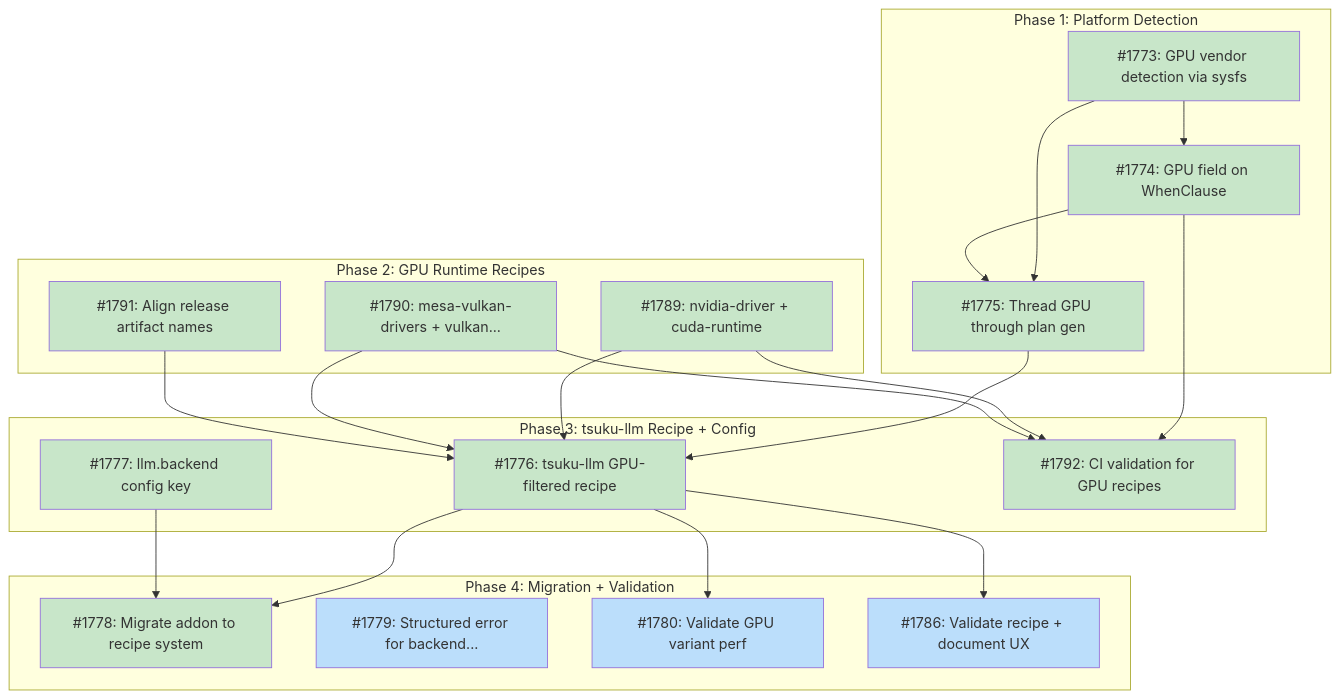
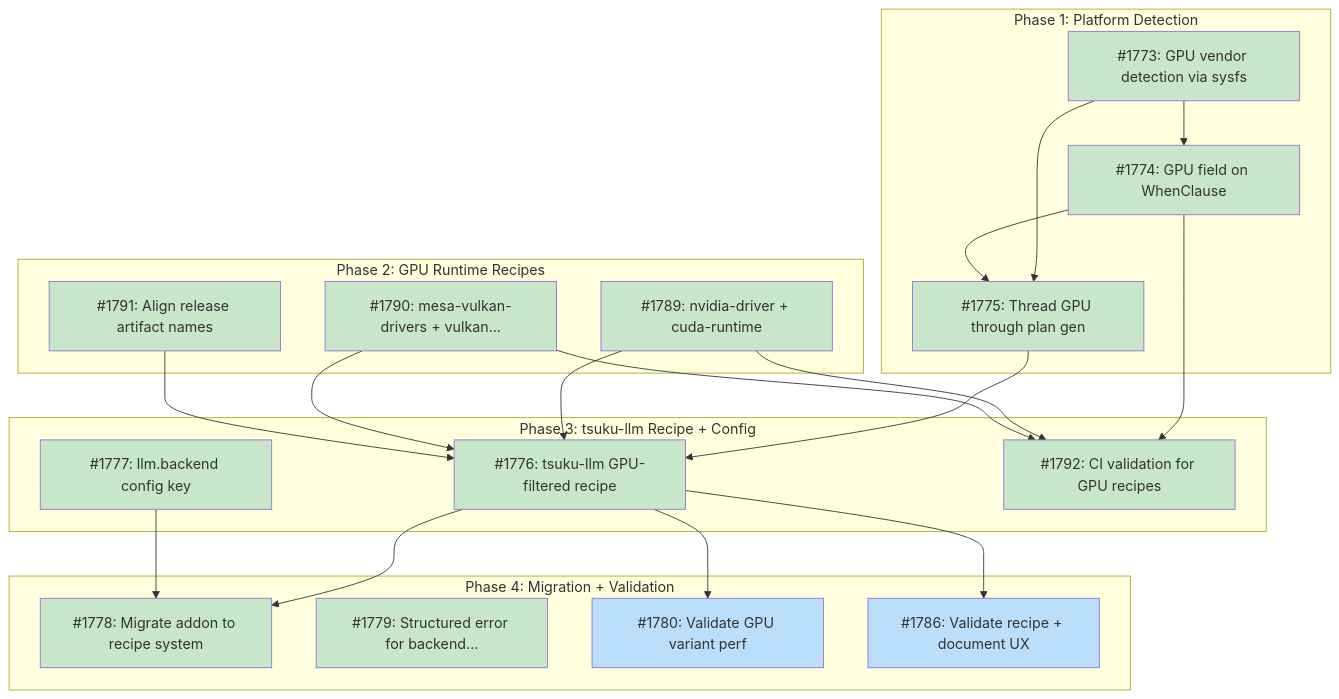
The diagram in docs/designs/DESIGN-gpu-backend-selection.md (tsukumogami/tsuku), drawn with Mermaid before and after one commit. The commit also changed other lines of this file and 5 other files, not shown here.

````diff
--- a/docs/designs/DESIGN-gpu-backend-selection.md
+++ b/docs/designs/DESIGN-gpu-backend-selection.md
@@ -72,51 +72,51 @@
 ```mermaid
 graph TD
     subgraph Phase1["Phase 1: Platform Detection"]
         I1773["#1773: GPU vendor detection via sysfs"]
         I1774["#1774: GPU field on WhenClause"]
         I1775["#1775: Thread GPU through plan gen"]
     end
 
     subgraph Phase2["Phase 2: GPU Runtime Recipes"]
         I1789["#1789: nvidia-driver + cuda-runtime"]
         I1790["#1790: mesa-vulkan-drivers + vulkan..."]
         I1791["#1791: Align release artifact names"]
     end
 
     subgraph Phase3["Phase 3: tsuku-llm Recipe + Config"]
         I1776["#1776: tsuku-llm GPU-filtered recipe"]
         I1777["#1777: llm.backend config key"]
         I1792["#1792: CI validation for GPU recipes"]
     end
 
     subgraph Phase4["Phase 4: Migration + Validation"]
         I1778["#1778: Migrate addon to recipe system"]
         I1779["#1779: Structured error for backend..."]
         I1780["#1780: Validate GPU variant perf"]
         I1786["#1786: Validate recipe + document UX"]
     end
 
     I1773 --> I1774
     I1773 --> I1775
     I1774 --> I1775
     I1774 --> I1792
     I1789 --> I1792
     I1790 --> I1792
     I1775 --> I1776
     I1789 --> I1776
     I1790 --> I1776
     I1791 --> I1776
     I1776 --> I1778
     I1777 --> I1778
     I1776 --> I1780
     I1776 --> I1786
 
     classDef done fill:#c8e6c9
     classDef ready fill:#bbdefb
     classDef blocked fill:#fff9c4
     classDef needsDesign fill:#e1bee7
     classDef tracksDesign fill:#FFE0B2,stroke:#F57C00,color:#000
 
-    class I1773,I1774,I1775,I1776,I1777,I1778,I1789,I1790,I1791,I1792 done
-    class I1779,I1780,I1786 ready
+    class I1773,I1774,I1775,I1776,I1777,I1778,I1779,I1789,I1790,I1791,I1792 done
+    class I1780,I1786 ready
 ```
````
